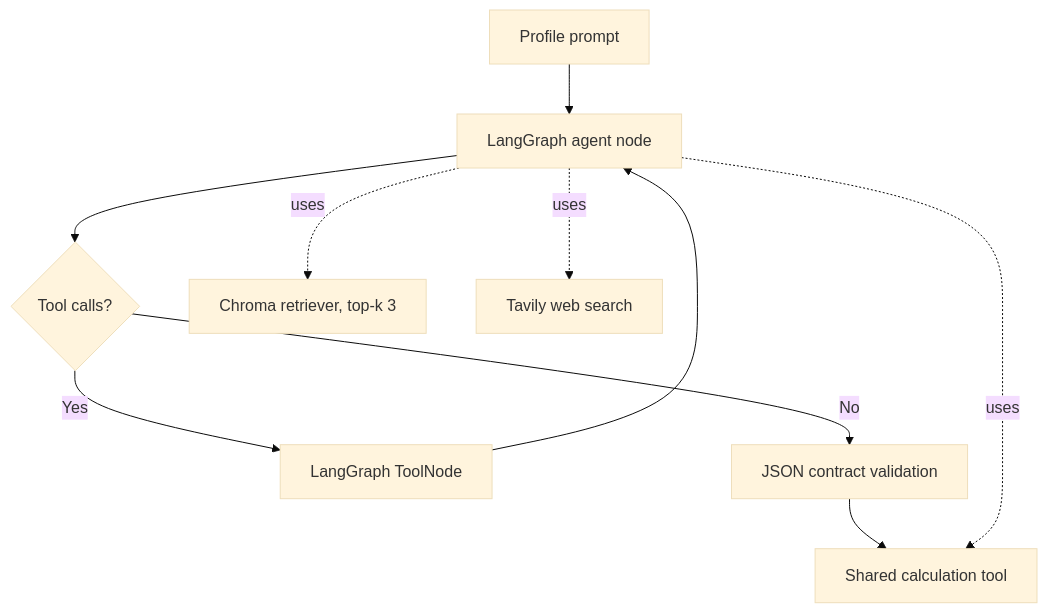
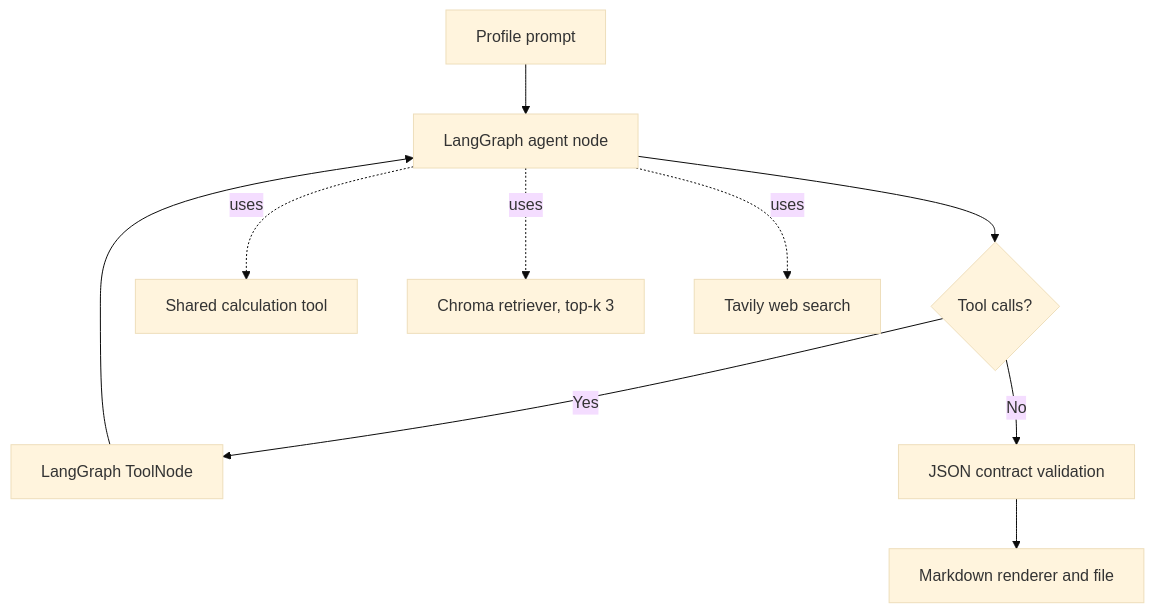
One commit to Amanda-Falcao/AI_Fitness_Coach changed the second of 2 diagrams in docs/architecture.md. Above: the diagram before and after it, drawn with Mermaid (base theme). The commit also changed other lines of this file and 18 other files, not shown here.

````diff
--- a/docs/architecture.md
+++ b/docs/architecture.md
@@ -44,12 +49,12 @@
 ```mermaid
 flowchart TD
     A[Profile prompt] --> B[LangGraph agent node]
     B --> C{Tool calls?}
     C -- Yes --> D[LangGraph ToolNode]
     D --> B
     C -- No --> E[JSON contract validation]
     E --> F[Markdown renderer and file]
-    B -. uses .-> F[Shared calculation tool]
-    B -. uses .-> G[Chroma retriever, top-k 3]
-    B -. uses .-> H[Tavily web search]
+    B -. uses .-> G[Shared calculation tool]
+    B -. uses .-> H[Chroma retriever, top-k 3]
+    B -. uses .-> I[Tavily web search]
 ```
````
